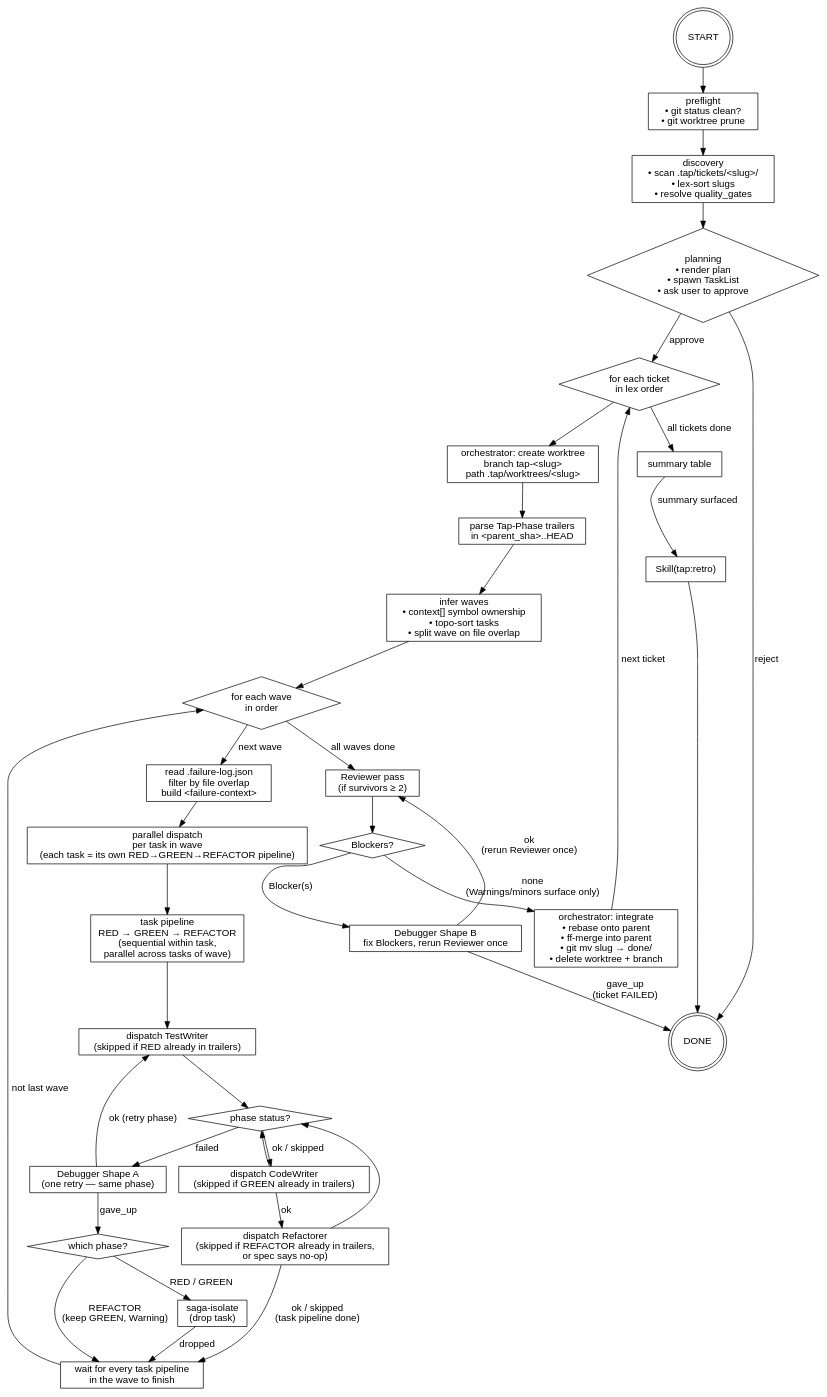
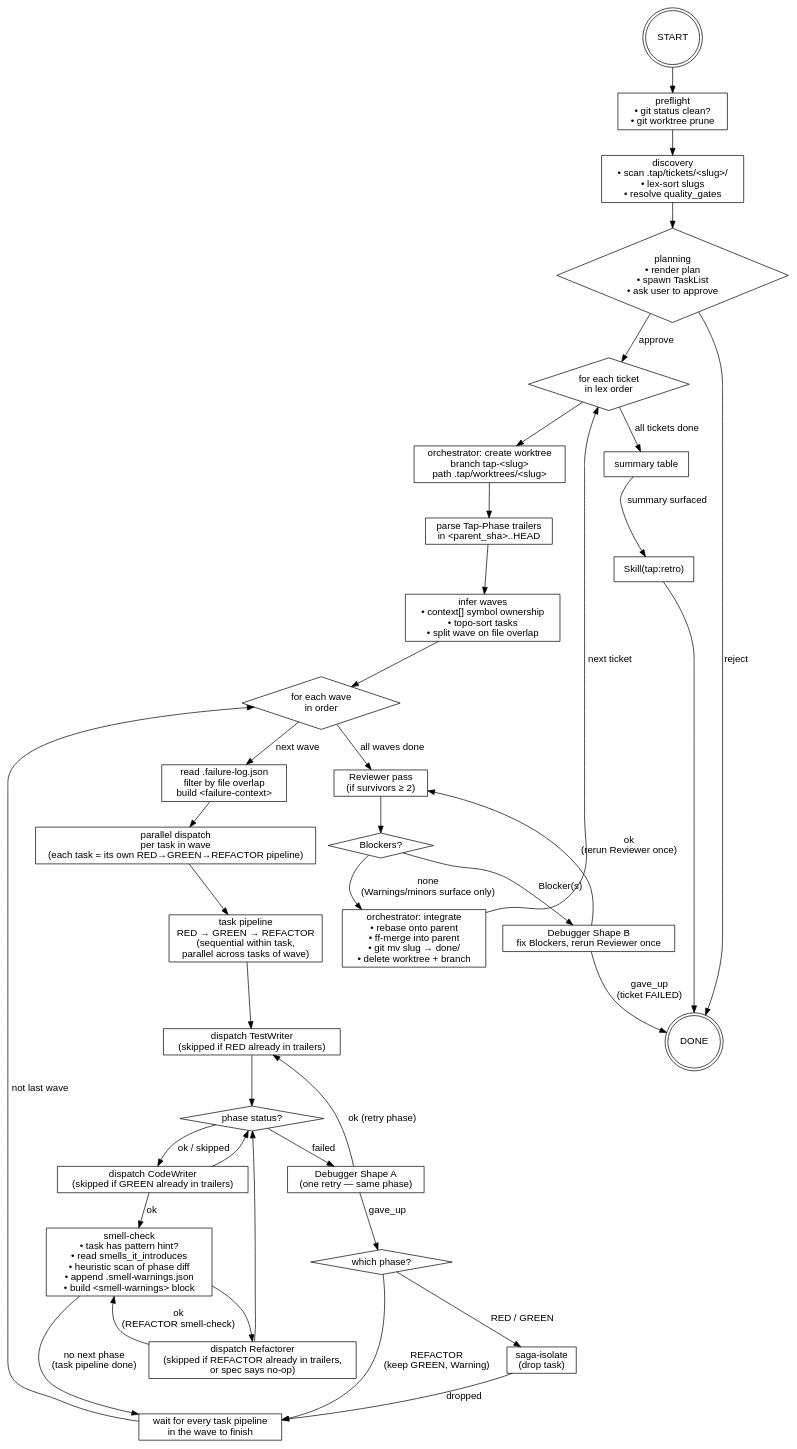
Before and after one commit to bjspdn/tap-skills: the diagram in skills/run/RUN_FLOW.md, drawn with Graphviz. The commit also changed other lines of this file and 5 other files, not shown here.

````diff
--- a/skills/run/RUN_FLOW.md
+++ b/skills/run/RUN_FLOW.md
@@ -7,72 +7,75 @@
 ```dot
 digraph tap_run {
   rankdir=TB;
   node  [shape=box, fontname="Helvetica"];
   edge  [fontname="Helvetica"];
 
   start      [label="START", shape=doublecircle];
   preflight  [label="preflight\n• git status clean?\n• git worktree prune"];
   discovery  [label="discovery\n• scan .tap/tickets/<slug>/\n• lex-sort slugs\n• resolve quality_gates"];
   planning   [label="planning\n• render plan\n• spawn TaskList\n• ask user to approve", shape=diamond];
 
   ticket_in  [label="for each ticket\nin lex order", shape=diamond];
   wt_create  [label="orchestrator: create worktree\nbranch tap-<slug>\npath .tap/worktrees/<slug>"];
   resume     [label="parse Tap-Phase trailers\nin <parent_sha>..HEAD"];
   waves      [label="infer waves\n• context[] symbol ownership\n• topo-sort tasks\n• split wave on file overlap"];
 
   wave_in    [label="for each wave\nin order", shape=diamond];
   fail_ctx   [label="read .failure-log.json\nfilter by file overlap\nbuild <failure-context>"];
   fanout     [label="parallel dispatch\nper task in wave\n(each task = its own RED→GREEN→REFACTOR pipeline)"];
   task_pipe  [label="task pipeline\nRED → GREEN → REFACTOR\n(sequential within task,\nparallel across tasks of wave)"];
 
   red        [label="dispatch TestWriter\n(skipped if RED already in trailers)"];
   green      [label="dispatch CodeWriter\n(skipped if GREEN already in trailers)"];
+  smell_chk  [label="smell-check\n• task has pattern hint?\n• read smells_it_introduces\n• heuristic scan of phase diff\n• append .smell-warnings.json\n• build <smell-warnings> block"];
   refactor   [label="dispatch Refactorer\n(skipped if REFACTOR already in trailers,\n or spec says no-op)"];
   phase_ok   [label="phase status?", shape=diamond];
   debug_a    [label="Debugger Shape A\n(one retry — same phase)"];
   phase_q    [label="which phase?", shape=diamond];
   saga_drop  [label="saga-isolate\n(drop task)"];
   wave_join  [label="wait for every task pipeline\nin the wave to finish"];
 
   review     [label="Reviewer pass\n(if survivors ≥ 2)"];
   blockers   [label="Blockers?", shape=diamond];
   debug_b    [label="Debugger Shape B\nfix Blockers, rerun Reviewer once"];
 
   merge      [label="orchestrator: integrate\n• rebase onto parent\n• ff-merge into parent\n• git mv slug → done/\n• delete worktree + branch"];
 
   summary    [label="summary table"];
   retro      [label="Skill(tap:retro)"];
   finish     [label="DONE", shape=doublecircle];
 
   start     -> preflight -> discovery -> planning;
   planning  -> finish     [label="reject"];
   planning  -> ticket_in  [label="approve"];
   ticket_in -> wt_create  -> resume -> waves -> wave_in;
   wave_in   -> fail_ctx   [label="next wave"];
   fail_ctx  -> fanout;
   fanout    -> task_pipe;
   task_pipe -> red        -> phase_ok;
   phase_ok  -> green      [label="ok / skipped"];
   phase_ok  -> debug_a    [label="failed"];
   green     -> phase_ok;
   refactor  -> phase_ok;
-  green     -> refactor   [label="ok"];
-  refactor  -> wave_join  [label="ok / skipped\n(task pipeline done)"];
+  green     -> smell_chk  [label="ok"];
+  smell_chk -> refactor;
+  refactor  -> smell_chk  [label="ok\n(REFACTOR smell-check)"];
+  smell_chk -> wave_join  [label="no next phase\n(task pipeline done)"];
   debug_a   -> red        [label="ok (retry phase)"];
   debug_a   -> phase_q    [label="gave_up"];
   phase_q   -> saga_drop  [label="RED / GREEN"];
   phase_q   -> wave_join  [label="REFACTOR\n(keep GREEN, Warning)"];
   saga_drop -> wave_join  [label="dropped"];
   wave_join -> wave_in    [label="not last wave"];
   wave_in   -> review     [label="all waves done"];
   review    -> blockers;
   blockers  -> merge      [label="none\n(Warnings/minors surface only)"];
   blockers  -> debug_b    [label="Blocker(s)"];
   debug_b   -> review     [label="ok\n(rerun Reviewer once)"];
   debug_b   -> finish     [label="gave_up\n(ticket FAILED)"];
   merge     -> ticket_in  [label="next ticket"];
   ticket_in -> summary    [label="all tickets done"];
   summary   -> retro      [label="summary surfaced"];
   retro     -> finish;
 }
 ```
````
